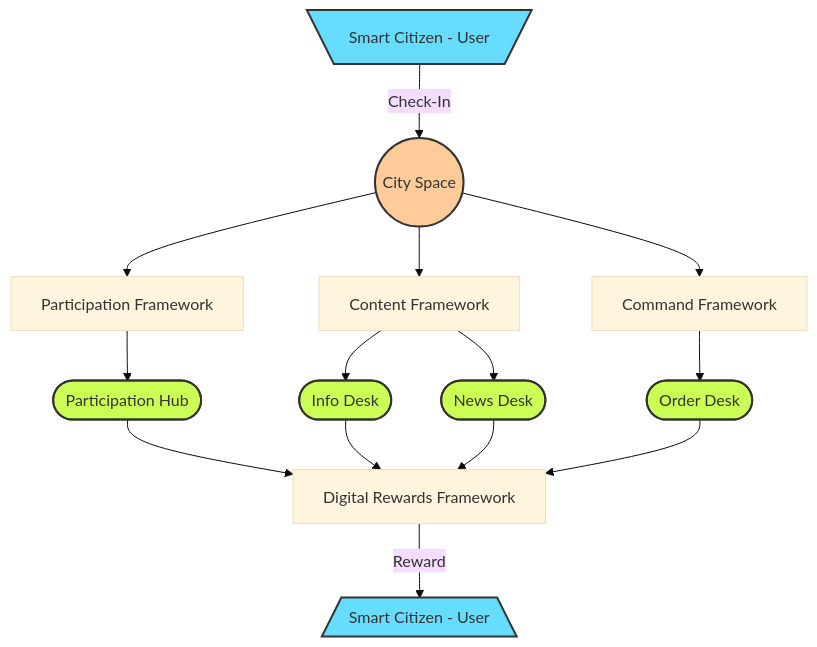
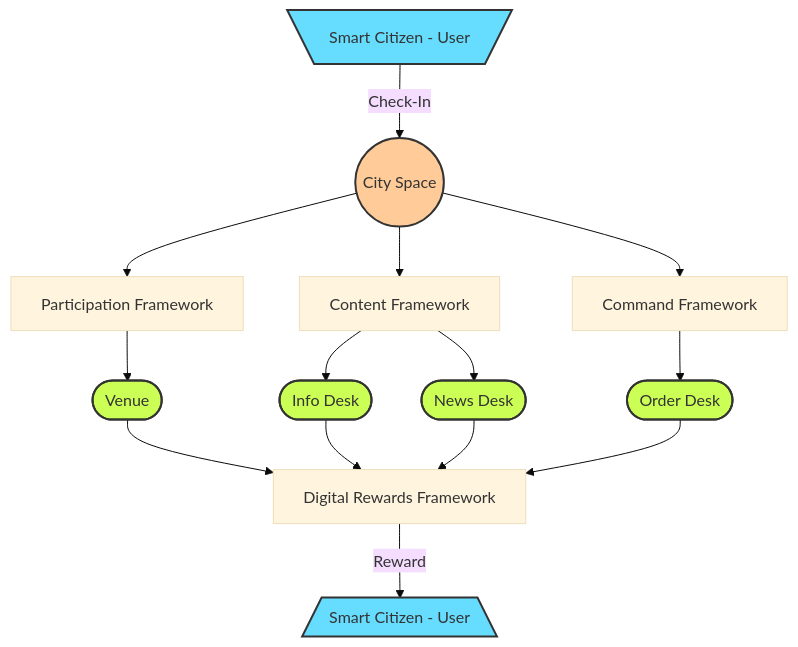
Before and after one commit to cityos-work/cityos-dev: the diagram in pages/roadmap.md, drawn with Mermaid (base theme). The commit also changed other lines of this file, not shown here.

````diff
--- a/pages/roadmap.md
+++ b/pages/roadmap.md
@@ -64,23 +64,23 @@
 ```mermaid
 graph TB;
     USER[\Smart Citizen - User/]-- Check-In -->SPACE((City Space));
     SPACE-->PARTICIPATION[Participation Framework];
     SPACE-->CONTENT[Content Framework];
     SPACE-->COMMAND[Command Framework];
-    PARTICIPATION-->VENUE([Participation Hub]);
+    PARTICIPATION-->VENUE([Venue]);
     CONTENT-->INFO([Info Desk]);
     CONTENT-->NEWS([News Desk]);
     COMMAND-->ORDER([Order Desk]);
     VENUE-->REWARDFRAMEWORK[Digital Rewards Framework];
     INFO-->REWARDFRAMEWORK;
     NEWS-->REWARDFRAMEWORK;
     ORDER-->REWARDFRAMEWORK;
     REWARDFRAMEWORK-- Reward -->REWARDEDUSER[/Smart Citizen - User\];
     style USER fill:#6df,stroke:#333,stroke-width:2px
     style REWARDEDUSER fill:#6df,stroke:#333,stroke-width:2px
     style SPACE fill:#fc9,stroke:#333,stroke-width:2px
     style ORDER fill:#CF5, stroke:#333,stroke-width:2px
     style INFO fill:#CF5, stroke:#333,stroke-width:2px
     style NEWS fill:#CF5, stroke:#333,stroke-width:2px
     style VENUE fill:#CF5, stroke:#333,stroke-width:2px 
 ```
````
